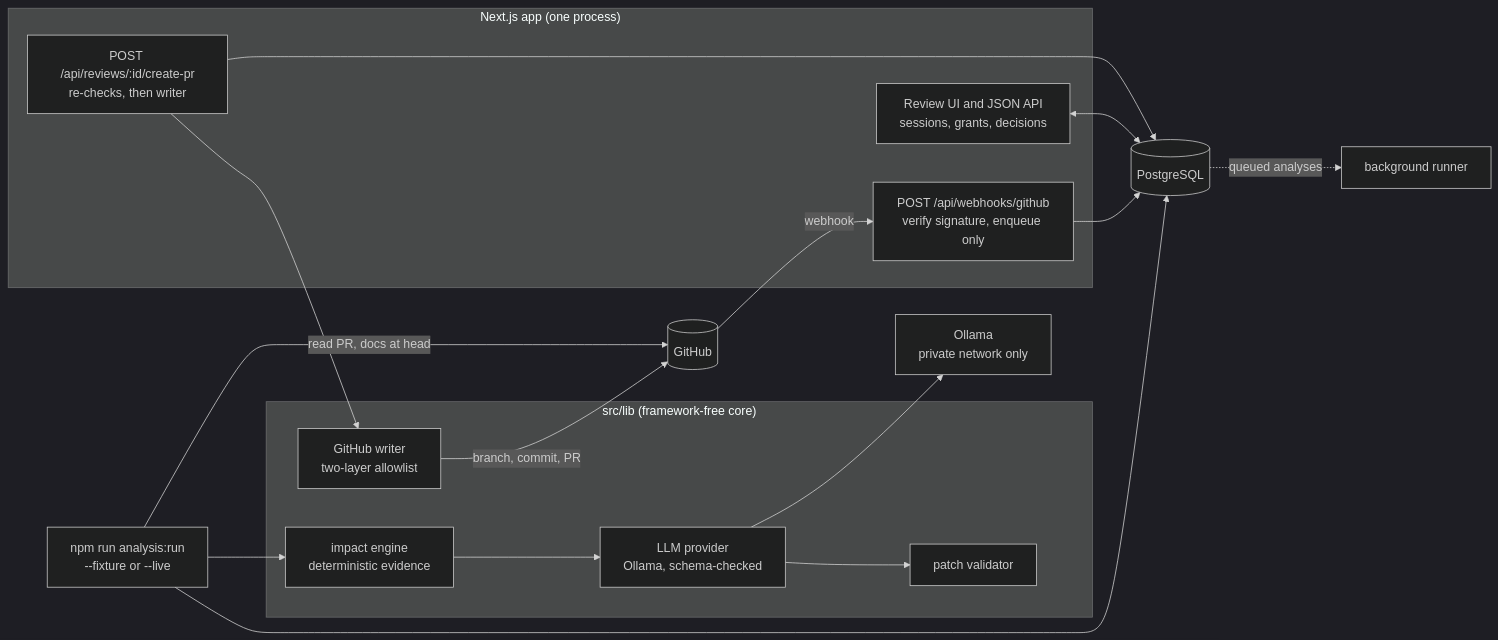
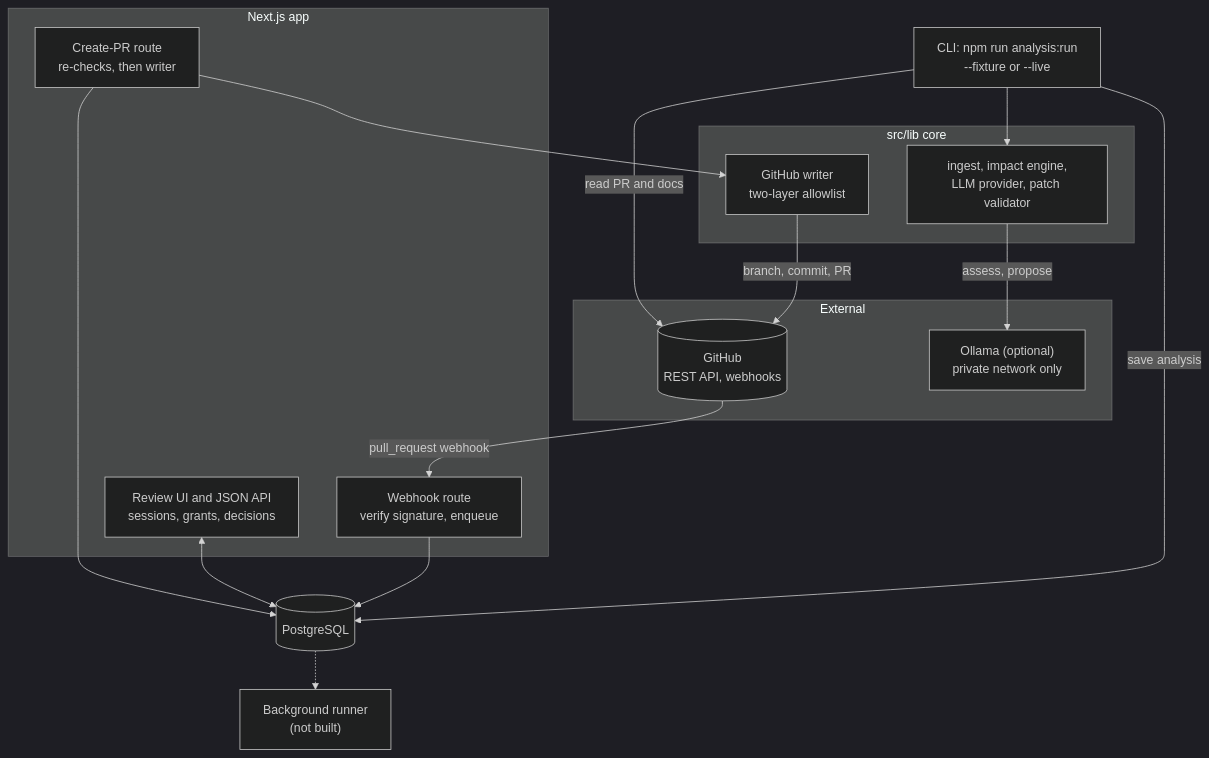
Before and after one commit to PrathmeshNikhare/DocuSync-AI: the first of 3 diagrams in docs/02-architecture.md, drawn with Mermaid (dark theme). The commit also changed other lines of this file and 11 other files, not shown here.

````diff
--- a/docs/02-architecture.md
+++ b/docs/02-architecture.md
@@ -9,29 +9,29 @@
 ```mermaid
-flowchart LR
-  GH[(GitHub)]
-  subgraph App["Next.js app (one process)"]
-    WH["POST /api/webhooks/github<br/>verify signature, enqueue only"]
+flowchart TB
+  subgraph EXT["External"]
+    GH[("GitHub<br/>REST API, webhooks")]
+    OL["Ollama (optional)<br/>private network only"]
+  end
+  subgraph APP["Next.js app"]
+    WH["Webhook route<br/>verify signature, enqueue"]
     UI["Review UI and JSON API<br/>sessions, grants, decisions"]
-    PR["POST /api/reviews/:id/create-pr<br/>re-checks, then writer"]
+    CP["Create-PR route<br/>re-checks, then writer"]
   end
-  CLI["npm run analysis:run<br/>--fixture or --live"]
-  subgraph Lib["src/lib (framework-free core)"]
-    ENG["impact engine<br/>deterministic evidence"]
-    LLM["LLM provider<br/>Ollama, schema-checked"]
-    VAL["patch validator"]
+  CLI["CLI: npm run analysis:run<br/>--fixture or --live"]
+  subgraph CORE["src/lib core"]
+    PIPE["ingest, impact engine,<br/>LLM provider, patch validator"]
     WR["GitHub writer<br/>two-layer allowlist"]
   end
-  DB[(PostgreSQL)]
-  OL["Ollama<br/>private network only"]
-  RUN["background runner"]
+  DB[("PostgreSQL")]
+  RUN["Background runner<br/>(not built)"]
 
-  GH -- webhook --> WH --> DB
-  CLI -- "read PR, docs at head" --> GH
-  CLI --> ENG --> LLM --> OL
-  LLM --> VAL
-  CLI --> DB
+  GH -- "pull_request webhook" --> WH --> DB
+  CLI -- "read PR and docs" --> GH
+  CLI --> PIPE
+  PIPE -- "assess, propose" --> OL
+  CLI -- "save analysis" --> DB
   UI <--> DB
-  PR --> DB
-  PR --> WR -- "branch, commit, PR" --> GH
-  DB -.queued analyses.-> RUN
+  CP --> DB
+  CP --> WR -- "branch, commit, PR" --> GH
+  DB -.-> RUN
 ```
````
